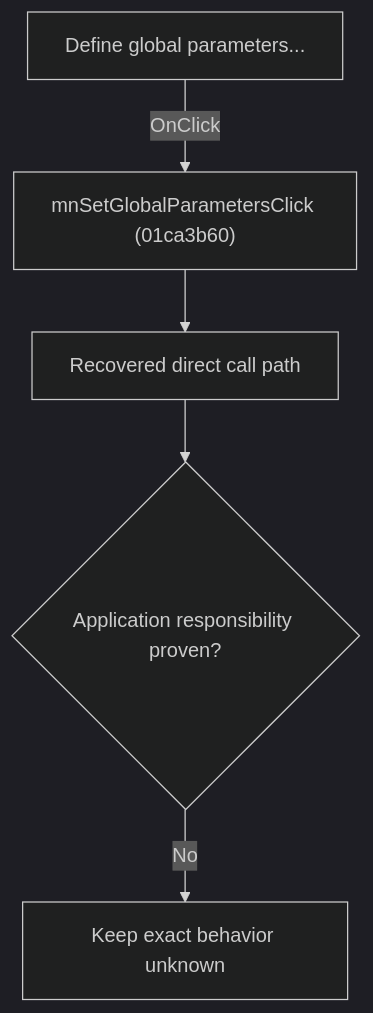
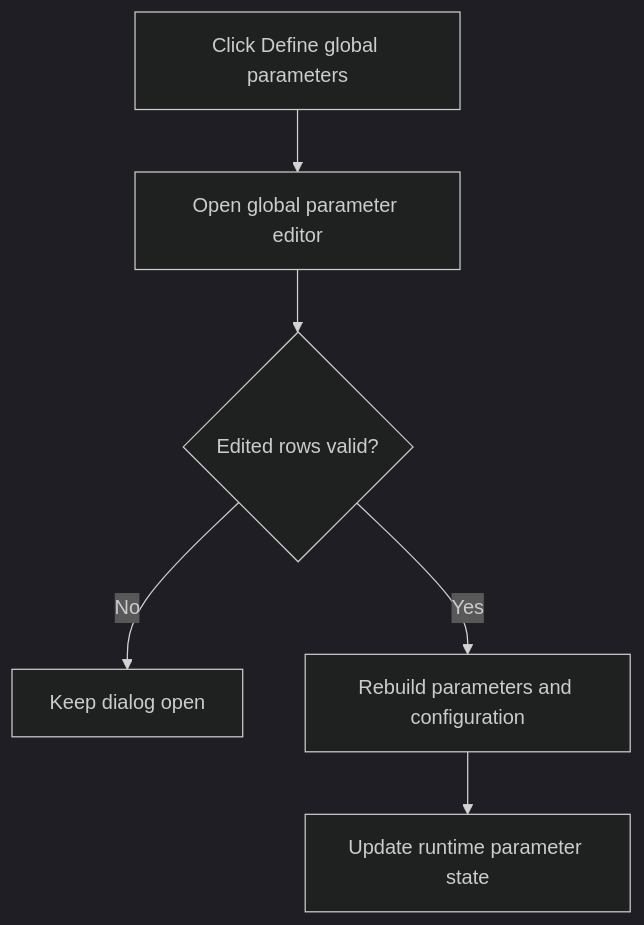
One commit to MovGP0/TIARA changed the diagram in docs/ui-controls/schematiceditor/mnsetglobalparameters-7327b88b2e.md. Above: the diagram before and after it, drawn with Mermaid (dark theme). The commit also changed other lines of this file and 241 other files, not shown here.

````diff
--- a/docs/ui-controls/schematiceditor/mnsetglobalparameters-7327b88b2e.md
+++ b/docs/ui-controls/schematiceditor/mnsetglobalparameters-7327b88b2e.md
@@ -27,7 +27,8 @@
 ```mermaid
 flowchart TD
-    control["Define global parameters..."] -->|"OnClick"| handler["mnSetGlobalParametersClick (01ca3b60)"]
-    handler --> recovered["Recovered direct call path"]
-    recovered --> gap{"Application responsibility proven?"}
-    gap -->|"No"| blocked["Keep exact behavior unknown"]
+    control["Click Define global parameters"] --> dialog["Open global parameter editor"]
+    dialog --> valid{"Edited rows valid?"}
+    valid -->|"No"| remain["Keep dialog open"]
+    valid -->|"Yes"| commit["Rebuild parameters and configuration"]
+    commit --> runtime["Update runtime parameter state"]
 ```
````
